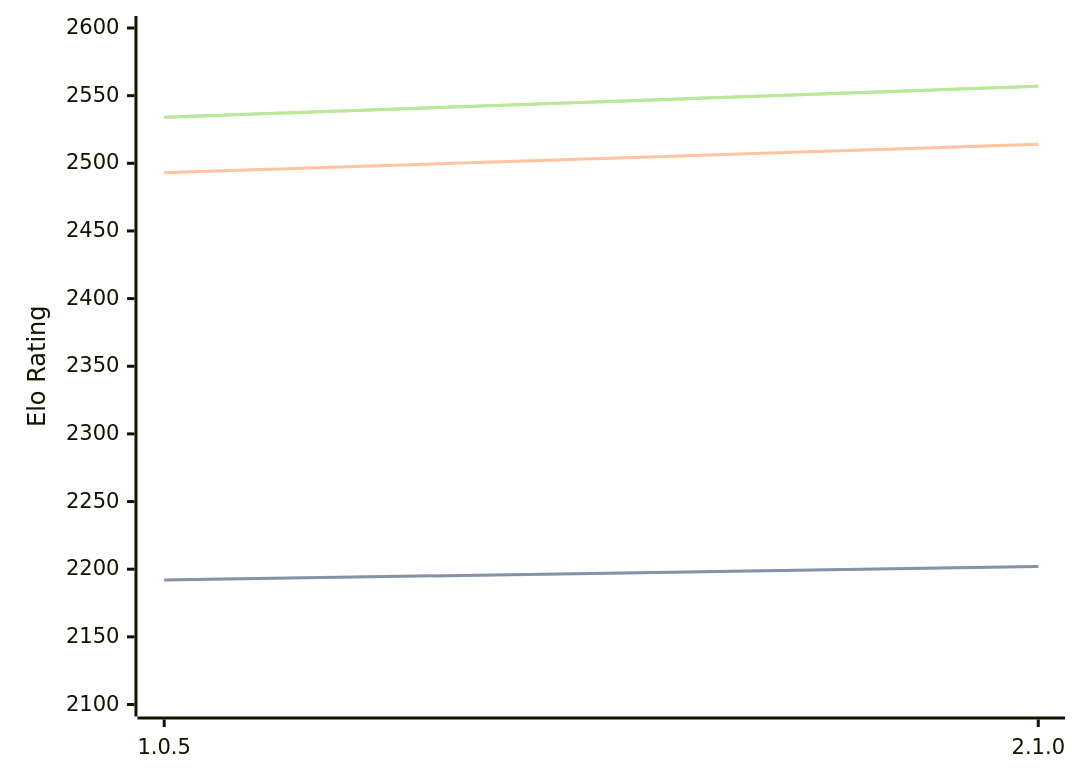
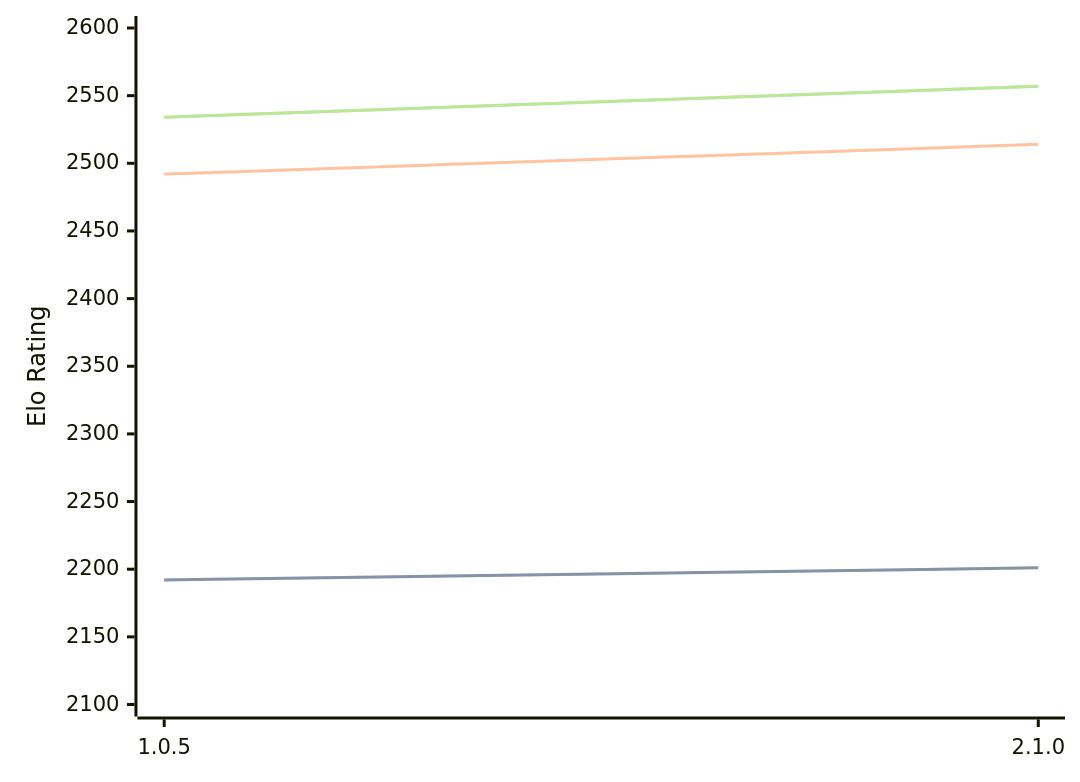
Before and after one commit to computer-chess-index/cci: the diagram in engines/Ruffian.md, drawn with Mermaid. The commit also changed other lines of this file, not shown here.

Commit message:
Update CCI Ratings (ELO VLTC) - 2026-03-01

````diff
--- a/engines/Ruffian.md
+++ b/engines/Ruffian.md
@@ -30,11 +30,11 @@
 ```mermaid
 %%{init: {"theme":"base","themeVariables":{"seriesColors:['#a3a3a3','#222221','#faa371']}}}%%
 xychart-beta
   x-axis ["1.0.5", "2.1.0"]
   y-axis "Elo Rating" 2100 --> 2600
-  line "STC (8.0+0.08s)" [2192, 2202]
-  line "STC (8.0+0.08s)" [2192, 2202]
-  line "LTC (60.0+0.60s)" [2493, 2514]
+  line "STC (8.0+0.08s)" [2192, 2201]
+  line "STC (8.0+0.08s)" [2192, 2201]
+  line "LTC (60.0+0.60s)" [2492, 2514]
   line "VLTC (2m24s+1.12s)" [2534, 2557]
   line "VLTC (2m24s+1.12s)" [2534, 2557]
 ```
````
